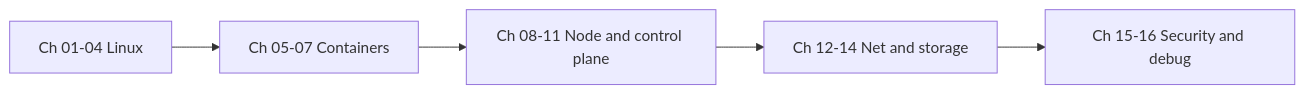
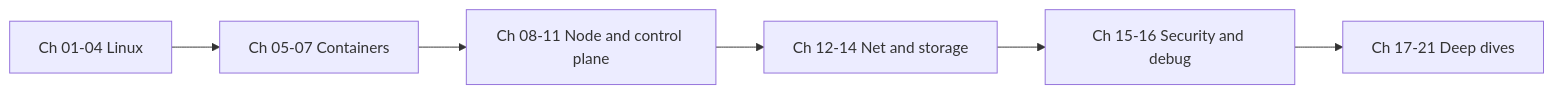
Before and after one commit to hasithsen/devresurge: the diagram in courses/k8s-internals/00-README.md, drawn with Mermaid. The commit also changed other lines of this file and 18 other files, not shown here.

````diff
--- a/courses/k8s-internals/00-README.md
+++ b/courses/k8s-internals/00-README.md
@@ -27,7 +28,8 @@
 ```mermaid
 flowchart LR
   foundation[Ch 01-04 Linux] --> runtime[Ch 05-07 Containers]
   runtime --> node[Ch 08-11 Node and control plane]
   node --> dataplane[Ch 12-14 Net and storage]
   dataplane --> ops[Ch 15-16 Security and debug]
+  ops --> deep[Ch 17-21 Deep dives]
 ```
````
